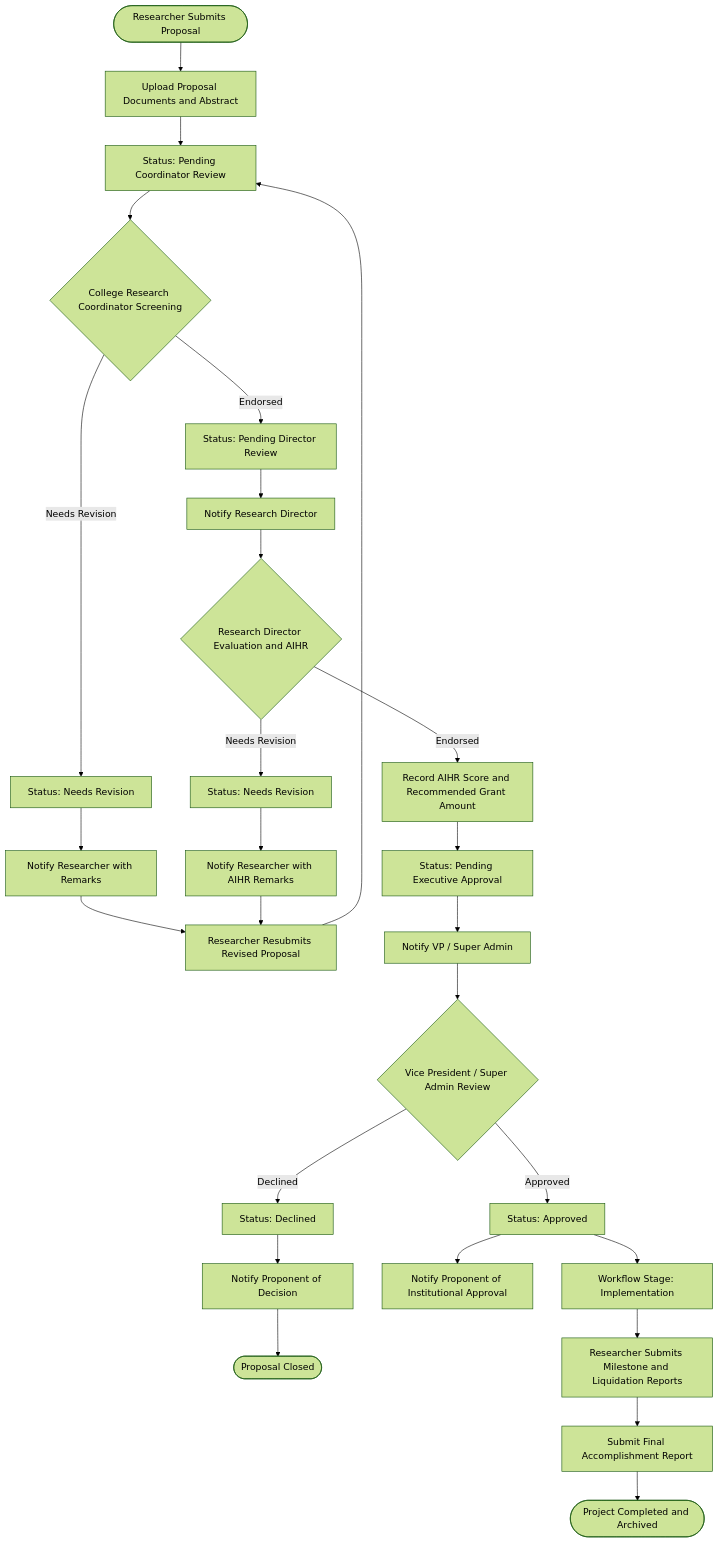
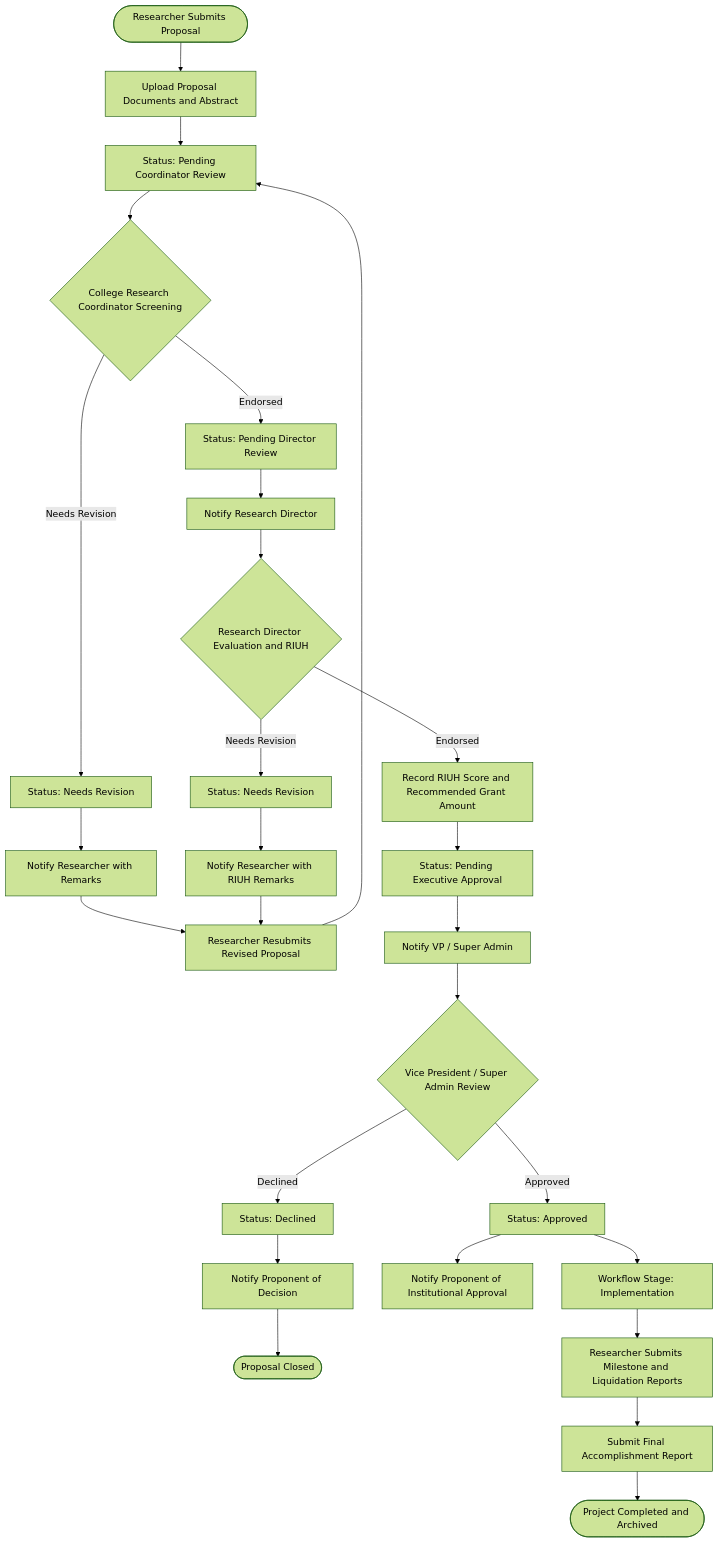
One commit to superdabs37-creator/ovpre changed the sixth of 9 diagrams in SYSTEM_DIAGRAMS.md. Above: the diagram before and after it, drawn with Mermaid (forest theme). The commit also changed other lines of this file and 63 other files, not shown here.

````diff
--- a/SYSTEM_DIAGRAMS.md
+++ b/SYSTEM_DIAGRAMS.md
@@ -287,44 +287,44 @@
 ```mermaid
 flowchart TD
     %% Proposal Submission
     Start([Researcher Submits Proposal]) --> UploadDoc["Upload Proposal Documents and Abstract"]
     UploadDoc --> Stage1["Status: Pending Coordinator Review"]
     
     %% Stage 1: Coordinator
     Stage1 --> CoordReview{"College Research Coordinator Screening"}
     
     CoordReview -->|Needs Revision| CoordRevise["Status: Needs Revision"]
     CoordRevise --> NoticeRes1["Notify Researcher with Remarks"]
     NoticeRes1 --> ResubmitRes["Researcher Resubmits Revised Proposal"]
     ResubmitRes --> Stage1
 
     CoordReview -->|Endorsed| Stage2["Status: Pending Director Review"]
     Stage2 --> NoticeDir["Notify Research Director"]
 
     %% Stage 2: Director Evaluation
-    NoticeDir --> DirectorEval{"Research Director Evaluation and AIHR"}
+    NoticeDir --> DirectorEval{"Research Director Evaluation and RIUH"}
     
     DirectorEval -->|Needs Revision| DirRevise["Status: Needs Revision"]
-    DirRevise --> NoticeRes2["Notify Researcher with AIHR Remarks"]
+    DirRevise --> NoticeRes2["Notify Researcher with RIUH Remarks"]
     NoticeRes2 --> ResubmitRes
 
-    DirectorEval -->|Endorsed| SetAIHR["Record AIHR Score and Recommended Grant Amount"]
-    SetAIHR --> Stage3["Status: Pending Executive Approval"]
+    DirectorEval -->|Endorsed| SetRIUH["Record RIUH Score and Recommended Grant Amount"]
+    SetRIUH --> Stage3["Status: Pending Executive Approval"]
     Stage3 --> NoticeExec["Notify VP / Super Admin"]
 
     %% Stage 3: Executive Approval
     NoticeExec --> ExecDecision{"Vice President / Super Admin Review"}
     
     ExecDecision -->|Declined| DeclinedState["Status: Declined"]
     DeclinedState --> NoticeDeclined["Notify Proponent of Decision"]
     NoticeDeclined --> EndDeclined([Proposal Closed])
 
     ExecDecision -->|Approved| ApprovedState["Status: Approved"]
     ApprovedState --> NoticeApproved["Notify Proponent of Institutional Approval"]
     
     %% Post Approval Workflow
     ApprovedState --> ImplementationPhase["Workflow Stage: Implementation"]
     ImplementationPhase --> ProgressReports["Researcher Submits Milestone and Liquidation Reports"]
     ProgressReports --> CompletionReport["Submit Final Accomplishment Report"]
     CompletionReport --> ProjectArchived([Project Completed and Archived])
 ```
````
